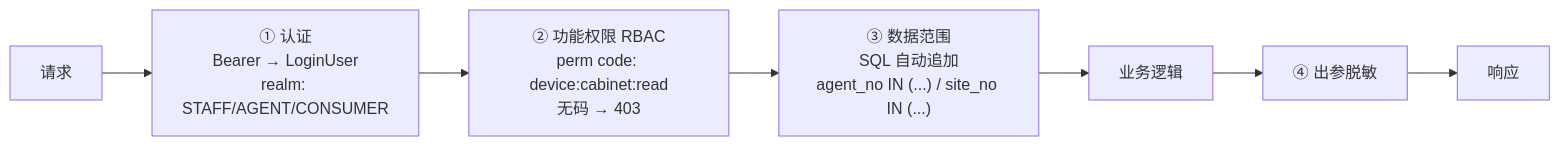
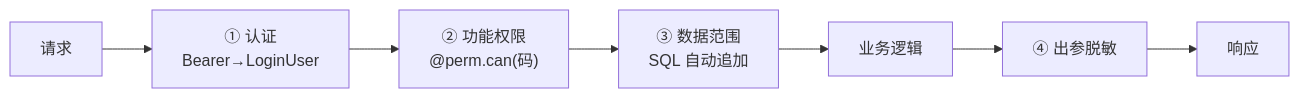
The sixth of 12 diagrams in docs/technical/架构图.md (robinwu2021-code/sharehub), drawn with Mermaid before and after one commit. The commit also changed other lines of this file and 47 other files, not shown here.

````diff
--- a/docs/technical/架构图.md
+++ b/docs/technical/架构图.md
@@ -301,9 +273,10 @@
 ```mermaid
+%%{init: {'theme':'base','themeVariables':{'fontSize':'20px','fontFamily':"'PingFang SC','Microsoft YaHei',-apple-system,'Segoe UI',sans-serif",'primaryColor':'#ffffff','primaryTextColor':'#12181b','primaryBorderColor':'#0f7173','lineColor':'#5b6b6d','secondaryColor':'#eef4f4','tertiaryColor':'#f6f8f8'},'flowchart':{'padding':14,'nodeSpacing':55,'rankSpacing':60},'sequence':{'actorFontSize':18,'noteFontSize':17,'messageFontSize':17}}}%%
 flowchart LR
-  REQ["请求"] --> AUTHN["① 认证<br/>Bearer → LoginUser<br/>realm: STAFF/AGENT/CONSUMER"]
-  AUTHN --> AUTHZ["② 功能权限 RBAC<br/>perm code: device:cabinet:read<br/>无码 → 403"]
-  AUTHZ --> SCOPE["③ 数据范围<br/>SQL 自动追加<br/>agent_no IN (...) / site_no IN (...)"]
-  SCOPE --> BIZ["业务逻辑"]
-  BIZ --> MASK["④ 出参脱敏"]
-  MASK --> RESP["响应"]
+  R["请求"] --> A1["① 认证<br/>Bearer→LoginUser"]
+  A1 --> A2["② 功能权限<br/>@perm.can(码)"]
+  A2 --> A3["③ 数据范围<br/>SQL 自动追加"]
+  A3 --> B["业务逻辑"]
+  B --> A4["④ 出参脱敏"]
+  A4 --> RS["响应"]
 ```
````
